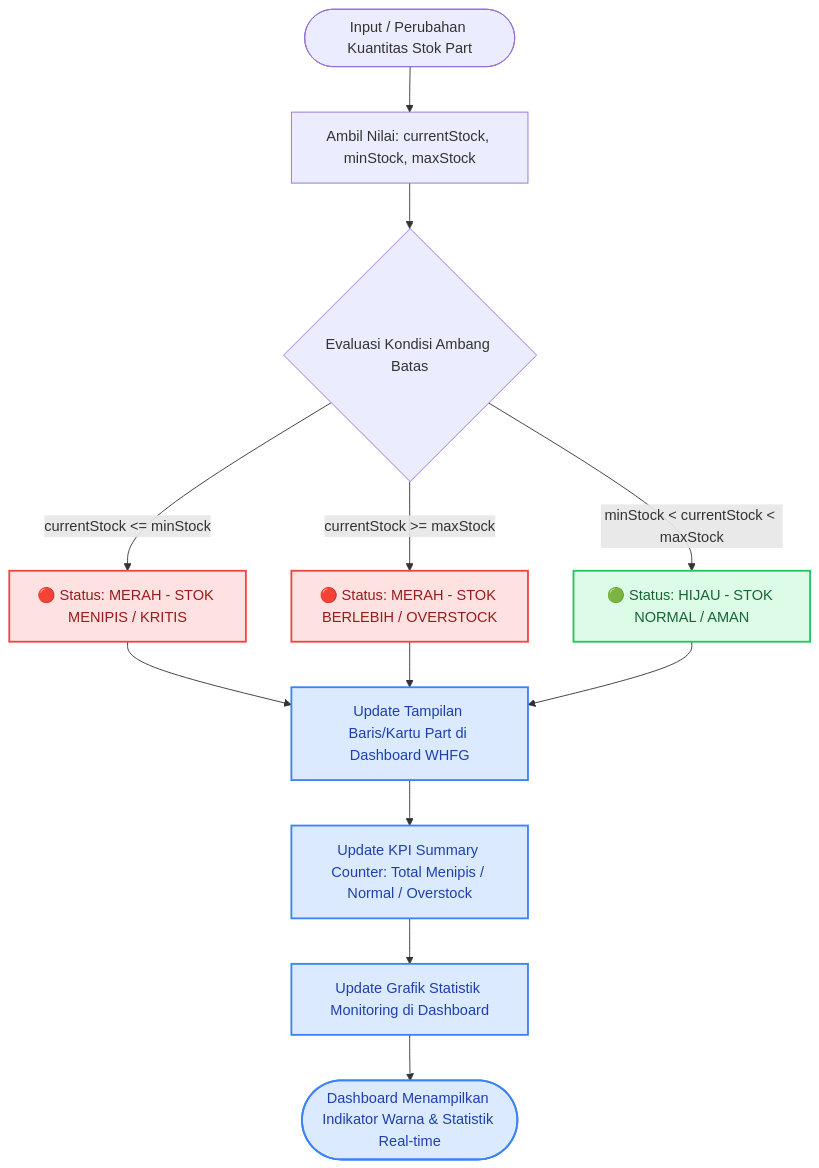
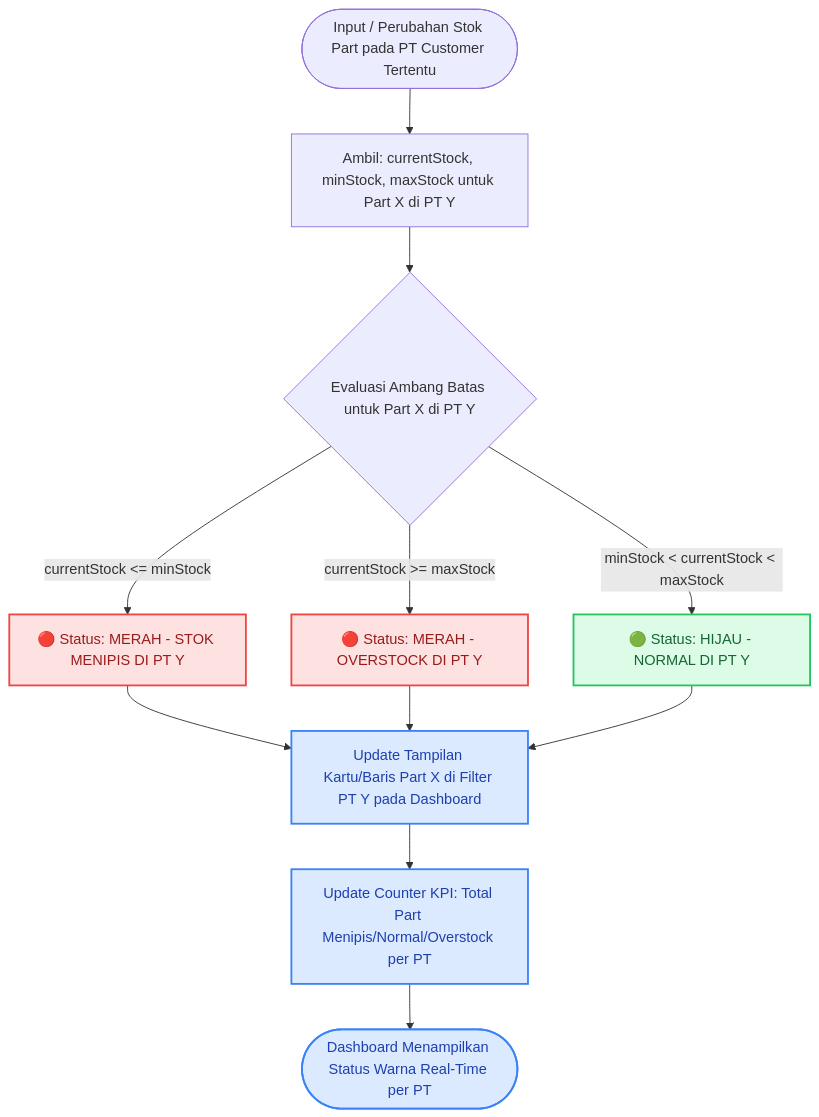
The second of 3 diagrams in analisis.md (rickyalfnsptr-art/the-manajemen_produk), drawn with Mermaid before and after one commit. The commit also changed other lines of this file, not shown here.

````diff
--- a/analisis.md
+++ b/analisis.md
@@ -281,25 +187,24 @@
 ```mermaid
 flowchart TD
-    A([Input / Perubahan Kuantitas Stok Part]) --> B[Ambil Nilai: currentStock, minStock, maxStock]
-    B --> C{Evaluasi Kondisi Ambang Batas}
+    A([Input / Perubahan Stok Part pada PT Customer Tertentu]) --> B[Ambil: currentStock, minStock, maxStock untuk Part X di PT Y]
+    B --> C{Evaluasi Ambang Batas untuk Part X di PT Y}
     
-    C -->|currentStock <= minStock| D[🔴 Status: MERAH - STOK MENIPIS / KRITIS]
-    C -->|currentStock >= maxStock| E[🔴 Status: MERAH - STOK BERLEBIH / OVERSTOCK]
-    C -->|minStock < currentStock < maxStock| F[🟢 Status: HIJAU - STOK NORMAL / AMAN]
+    C -->|currentStock <= minStock| D[🔴 Status: MERAH - STOK MENIPIS DI PT Y]
+    C -->|currentStock >= maxStock| E[🔴 Status: MERAH - OVERSTOCK DI PT Y]
+    C -->|minStock < currentStock < maxStock| F[🟢 Status: HIJAU - NORMAL DI PT Y]
     
-    D --> G[Update Tampilan Baris/Kartu Part di Dashboard WHFG]
+    D --> G[Update Tampilan Kartu/Baris Part X di Filter PT Y pada Dashboard]
     E --> G
     F --> G
     
-    G --> H[Update KPI Summary Counter: Total Menipis / Normal / Overstock]
-    H --> I[Update Grafik Statistik Monitoring di Dashboard]
-    I --> J([Dashboard Menampilkan Indikator Warna & Statistik Real-time])
+    G --> H[Update Counter KPI: Total Part Menipis/Normal/Overstock per PT]
+    H --> I([Dashboard Menampilkan Status Warna Real-Time per PT])
 
     classDef red fill:#fee2e2,stroke:#ef4444,stroke-width:2px,color:#991b1b;
     classDef green fill:#dcfce7,stroke:#22c55e,stroke-width:2px,color:#166534;
     classDef blue fill:#dbeafe,stroke:#3b82f6,stroke-width:2px,color:#1e40af;
 
     class D,E red;
     class F green;
-    class G,H,I,J blue;
+    class G,H,I blue;
 ```
````
